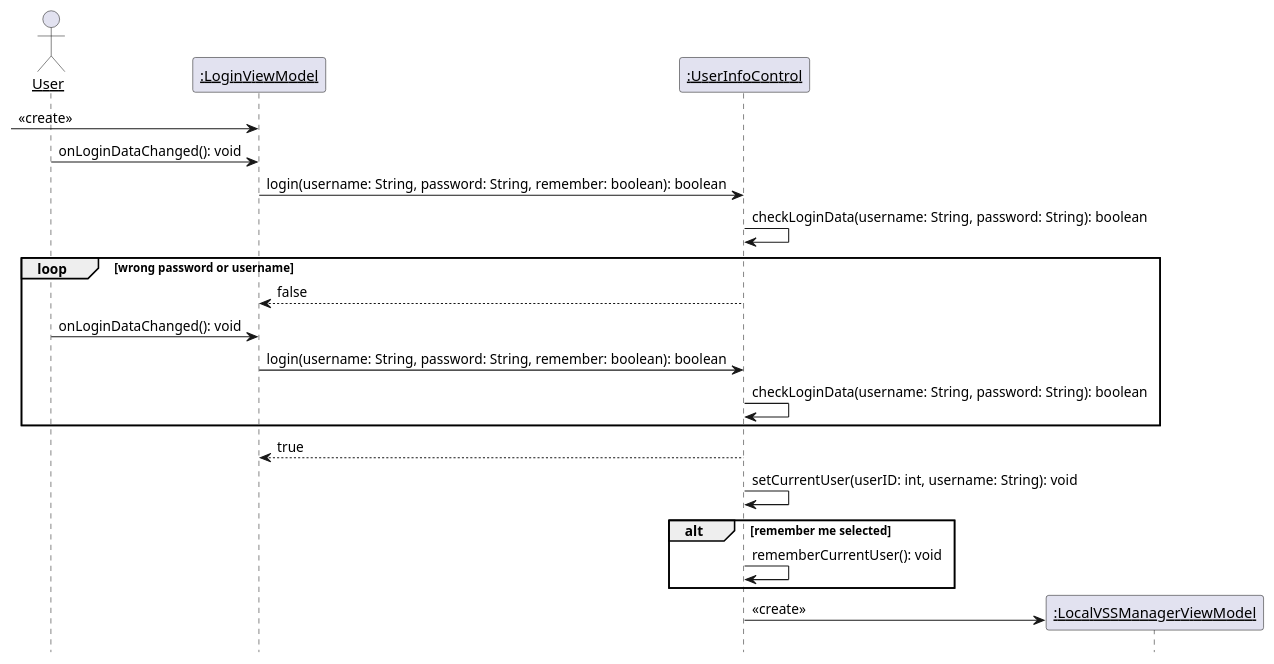
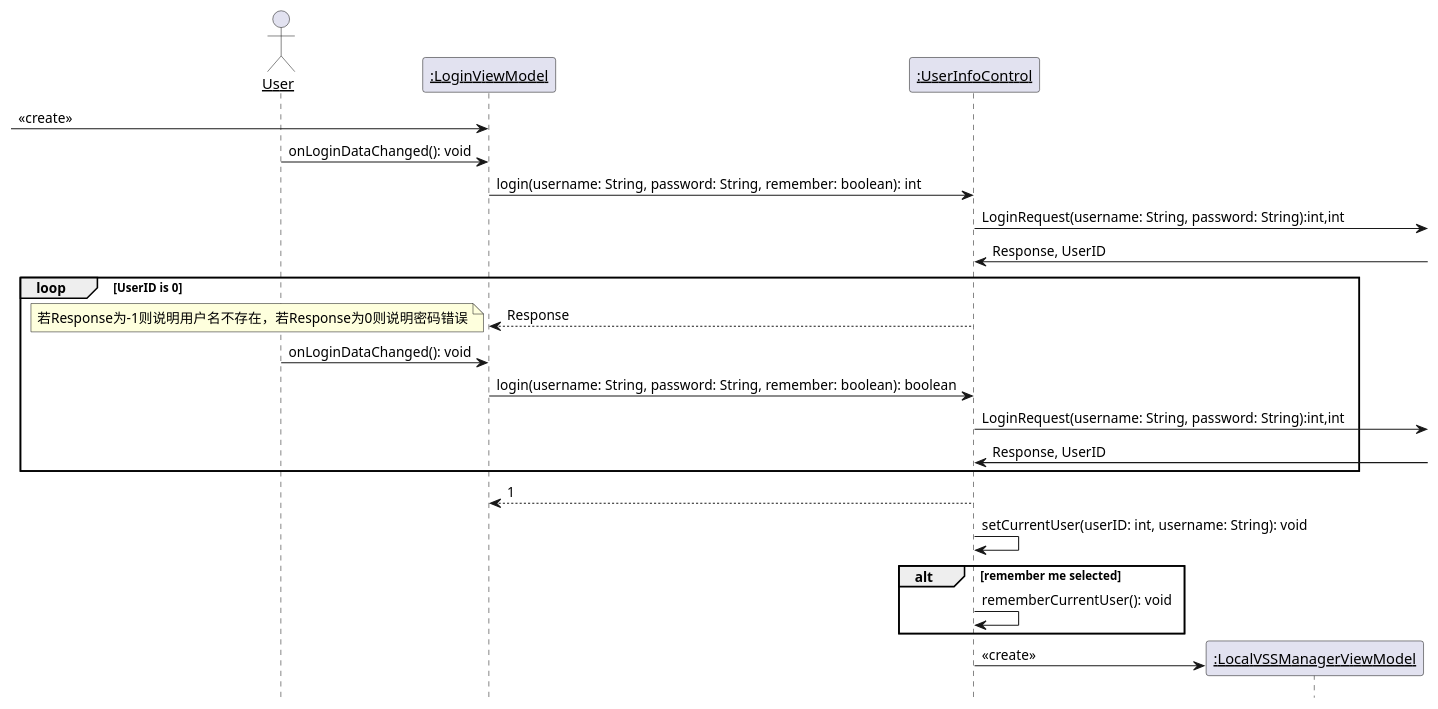
Before and after one commit to kpp19920121/doc: the fifth of 24 diagrams in 设计/顺序图.md, drawn with PlantUML. The commit also changed other lines of this file, not shown here.

Commit message:
更新了Login

````diff
--- a/设计/顺序图.md
+++ b/设计/顺序图.md
@@ -125,32 +125,35 @@
 ```PlantUML
 @startuml Diagrams/Login
 hide footbox
 skinparam sequenceParticipant underline
 
 actor User as user
 participant ":LoginViewModel" as boundary
 participant ":UserInfoControl" as control
 participant ":LocalVSSManagerViewModel" as nextpage
 
 
 [-> boundary: <<create>>
 user -> boundary: onLoginDataChanged(): void
-boundary -> control: login(username: String, password: String, remember: boolean): boolean
-control -> control: checkLoginData(username: String, password: String): boolean
+boundary -> control: login(username: String, password: String, remember: boolean): int
+control ->: LoginRequest(username: String, password: String):int,int
+control <-:Response, UserID
 
-loop wrong password or username
-    control --> boundary: false
+loop UserID is 0
+    control --> boundary: Response
+    note left:若Response为-1则说明用户名不存在，若Response为0则说明密码错误
     user -> boundary: onLoginDataChanged(): void
     boundary -> control: login(username: String, password: String, remember: boolean): boolean
-    control -> control: checkLoginData(username: String, password: String): boolean
+    control ->: LoginRequest(username: String, password: String):int,int
+    control <-:Response, UserID
 end
-control --> boundary: true
+control --> boundary: 1
 control -> control: setCurrentUser(userID: int, username: String): void
 
 alt remember me selected
     control -> control: rememberCurrentUser(): void
 end
 create nextpage
 control -> nextpage: <<create>>
 @enduml
 ```
````
